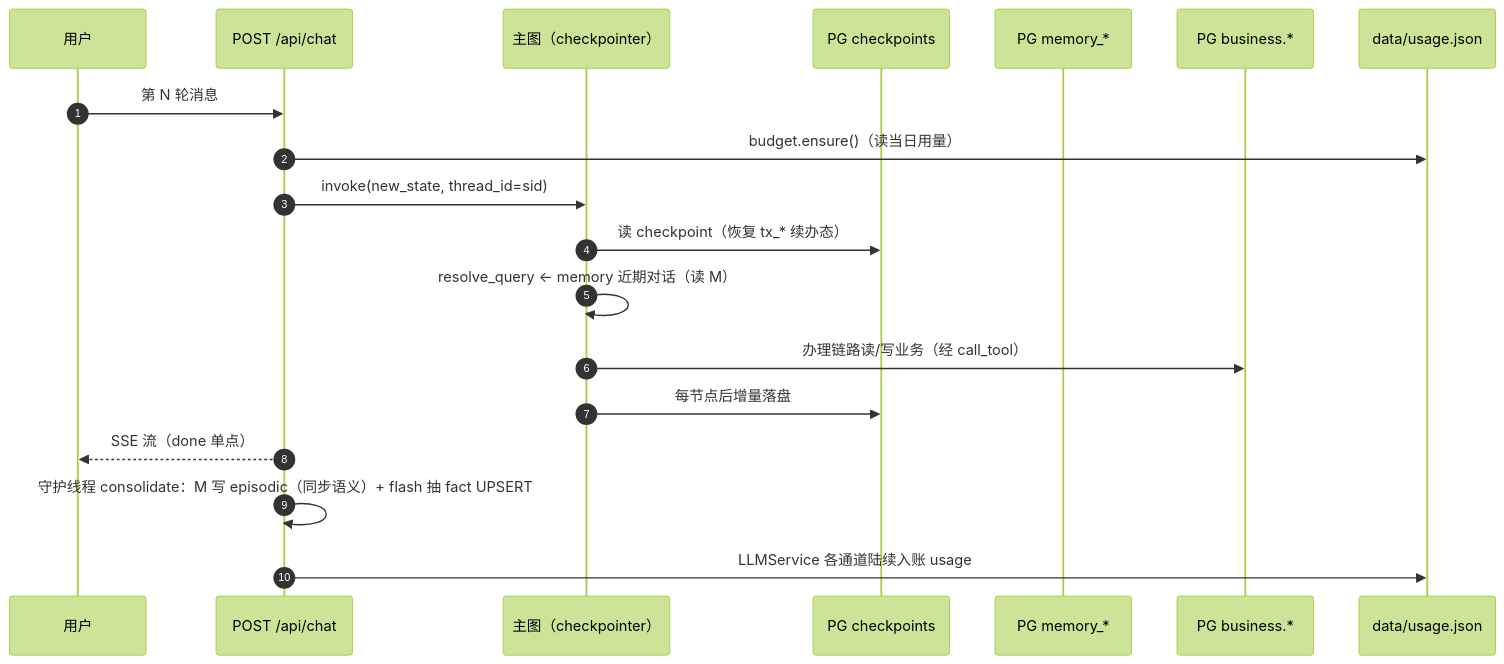
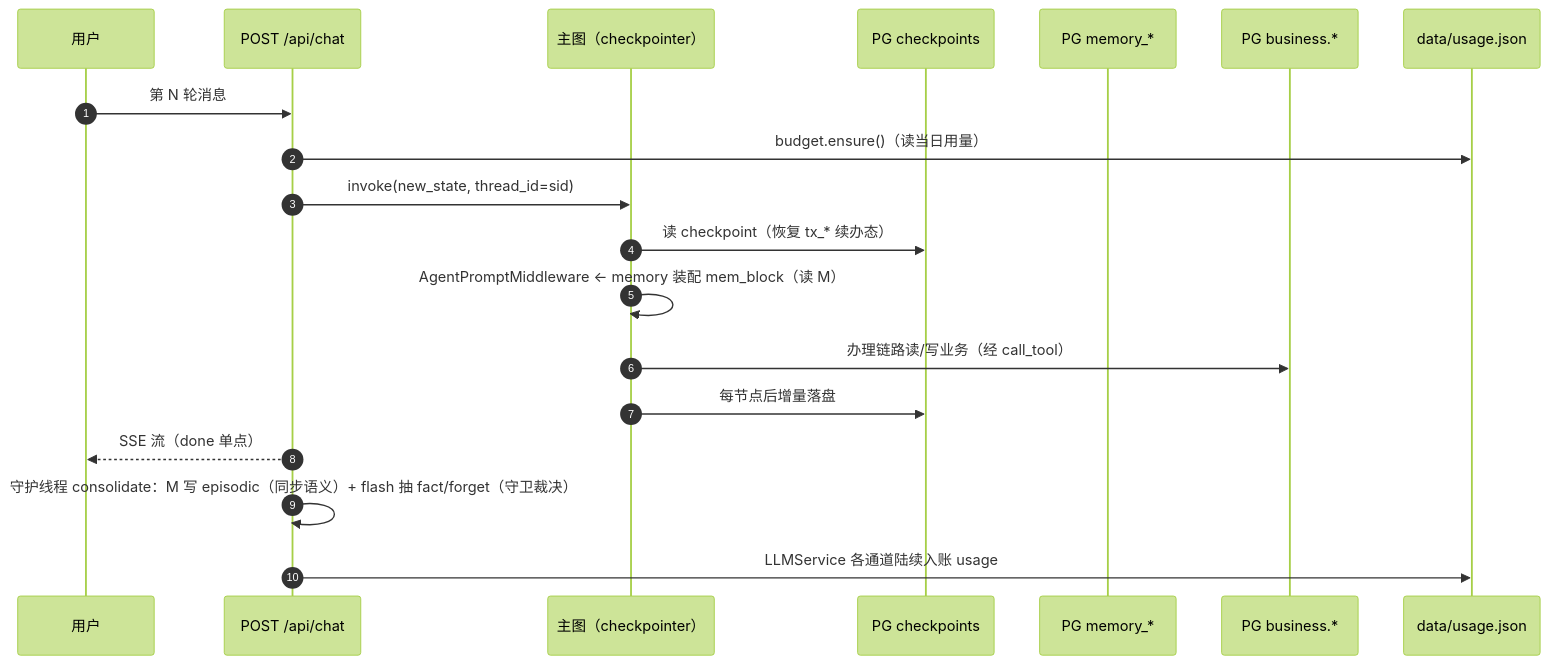
Before and after one commit to Thekshy/gewu: the diagram in docs/architecture/07-state-persistence.md, drawn with Mermaid (forest theme). The commit also changed other lines of this file and 2 other files, not shown here.

First line of the commit message:
docs(p32): P32 任务书入库+§6 执行记录回填+architecture 07 记忆节对齐 P32 形态

````diff
--- a/docs/architecture/07-state-persistence.md
+++ b/docs/architecture/07-state-persistence.md
@@ -89,22 +91,22 @@
 ```mermaid
 sequenceDiagram
     autonumber
     participant U as 用户
     participant A as POST /api/chat
     participant G as 主图（checkpointer）
     participant PG as PG checkpoints
     participant M as PG memory_*
     participant B as PG business.*
     participant J as data/usage.json
 
     U->>A: 第 N 轮消息
     A->>J: budget.ensure()（读当日用量）
     A->>G: invoke(new_state, thread_id=sid)
     G->>PG: 读 checkpoint（恢复 tx_* 续办态）
-    G->>G: resolve_query ← memory 近期对话（读 M）
+    G->>G: AgentPromptMiddleware ← memory 装配 mem_block（读 M）
     G->>B: 办理链路读/写业务（经 call_tool）
     G->>PG: 每节点后增量落盘
     A-->>U: SSE 流（done 单点）
-    A->>A: 守护线程 consolidate：M 写 episodic（同步语义）+ flash 抽 fact UPSERT
+    A->>A: 守护线程 consolidate：M 写 episodic（同步语义）+ flash 抽 fact/forget（守卫裁决）
     A->>J: LLMService 各通道陆续入账 usage
 ```
````
